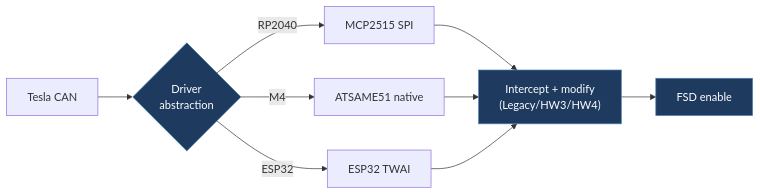
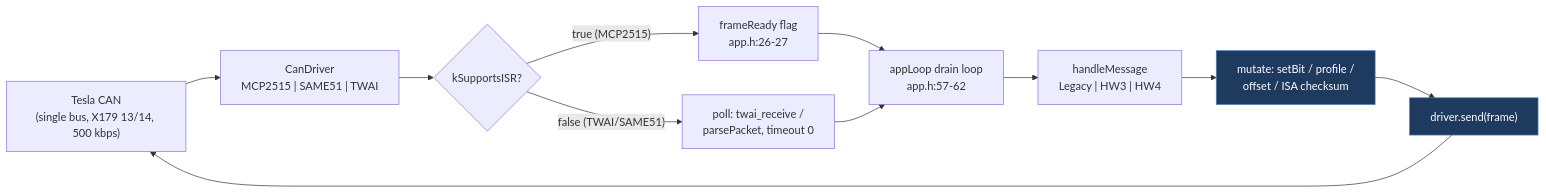
The first of 2 diagrams in docs/legacy/JelloEa-Tesla-Open-CAN-Mod.md (babico/TeslaCANModder), drawn with Mermaid before and after one commit. The commit also changed other lines of this file and 99 other files, not shown here.

````diff
--- a/docs/legacy/JelloEa-Tesla-Open-CAN-Mod.md
+++ b/docs/legacy/JelloEa-Tesla-Open-CAN-Mod.md
@@ -26,11 +99,15 @@
 ```mermaid
 flowchart LR
-    Car["Tesla CAN"] --> Driver{"Driver<br/>abstraction"}
-    Driver -->|RP2040| MCP["MCP2515 SPI"]
-    Driver -->|M4| MCAN["ATSAME51 native"]
-    Driver -->|ESP32| TWAI["ESP32 TWAI"]
-    MCP & MCAN & TWAI --> Frame["Intercept + modify<br/>(Legacy/HW3/HW4)"]
-    Frame --> FSD["FSD enable"]
-    classDef path fill:#1e3a5f,stroke:#4a7fb5,color:#fff
-    class Driver,Frame,FSD path
+    Car["Tesla CAN<br/>(single bus, X179 13/14, 500 kbps)"] --> Drv["CanDriver<br/>MCP2515 | SAME51 | TWAI"]
+    Drv --> ISR{"kSupportsISR?"}
+    ISR -->|"true (MCP2515)"| Flag["frameReady flag<br/>app.h:26-27"]
+    ISR -->|"false (TWAI/SAME51)"| Poll["poll: twai_receive /<br/>parsePacket, timeout 0"]
+    Flag --> Drain["appLoop drain loop<br/>app.h:57-62"]
+    Poll --> Drain
+    Drain --> Hnd["handleMessage<br/>Legacy | HW3 | HW4"]
+    Hnd --> Mut["mutate: setBit / profile /<br/>offset / ISA checksum"]
+    Mut --> TX["driver.send(frame)"]
+    TX --> Car
+    classDef mut fill:#1e3a5f,stroke:#4a7fb5,color:#fff
+    class Mut,TX mut
 ```
````
